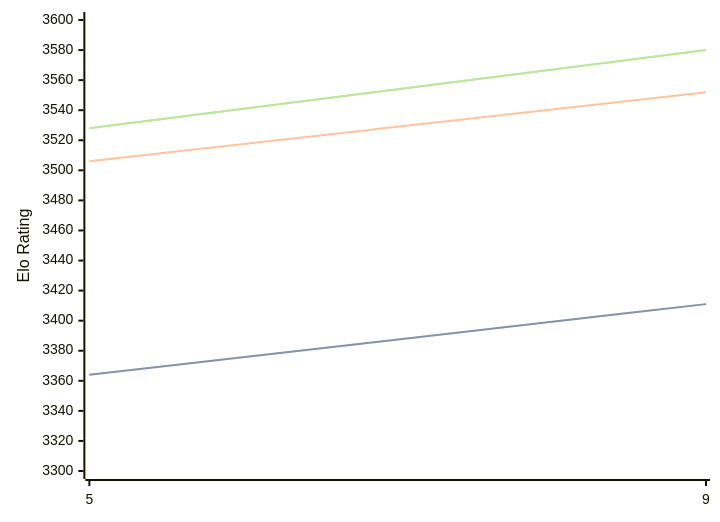
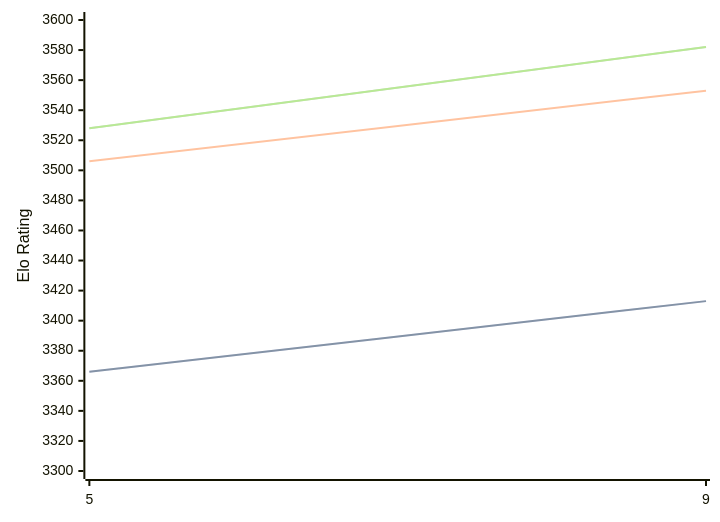
Before and after one commit to computer-chess-index/cci: the first of 3 diagrams in engines/Crystal.md, drawn with Mermaid. The commit also changed other lines of this file, not shown here.

Commit message:
Update CCI Ratings (ELO VLTC) - 2026-06-24

````diff
--- a/engines/Crystal.md
+++ b/engines/Crystal.md
@@ -60,11 +60,11 @@
 ```mermaid
 %%{init: {"theme":"base","themeVariables":{"seriesColors:['#a3a3a3','#222221','#faa371']}}}%%
 xychart-beta
   x-axis ["5", "9"]
   y-axis "Elo Rating" 3300 --> 3600
-  line "STC (8.0+0.08s)" [3364, 3411]
-  line "STC (8.0+0.08s)" [3364, 3411]
-  line "LTC (60.0+0.60s)" [3506, 3552]
-  line "VLTC (2m24s+1.12s)" [3528, 3580]
-  line "VLTC (2m24s+1.12s)" [3528, 3580]
+  line "STC (8.0+0.08s)" [3366, 3413]
+  line "STC (8.0+0.08s)" [3366, 3413]
+  line "LTC (60.0+0.60s)" [3506, 3553]
+  line "VLTC (2m24s+1.12s)" [3528, 3582]
+  line "VLTC (2m24s+1.12s)" [3528, 3582]
 ```
````
